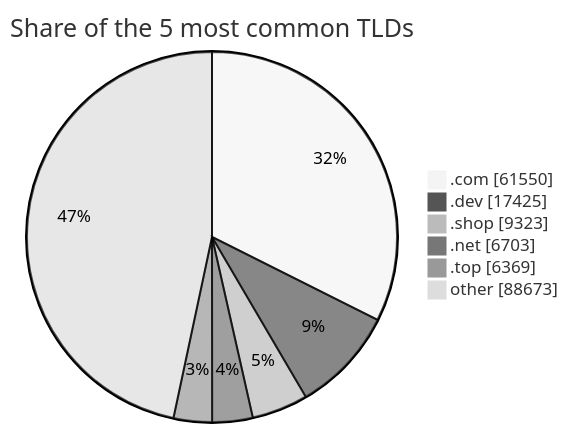
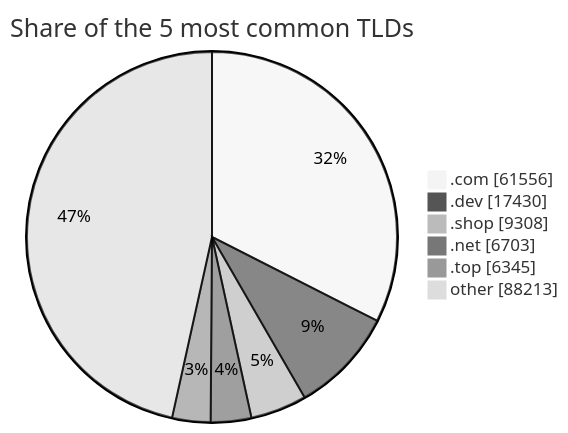
One commit to DNSBunker/CTI changed the third of 3 diagrams in README.md. Above: the diagram before and after it, drawn with Mermaid (neutral theme). The commit also changed other lines of this file and 3 other files, not shown here.

````diff
--- a/README.md
+++ b/README.md
@@ -81,9 +81,9 @@
 ```mermaid
 pie showData title Share of the 5 most common TLDs
-    ".com" : 61550
-    ".dev" : 17425
-    ".shop" : 9323
+    ".com" : 61556
+    ".dev" : 17430
+    ".shop" : 9308
     ".net" : 6703
-    ".top" : 6369
-    "other" : 88673
+    ".top" : 6345
+    "other" : 88213
 ```
````
